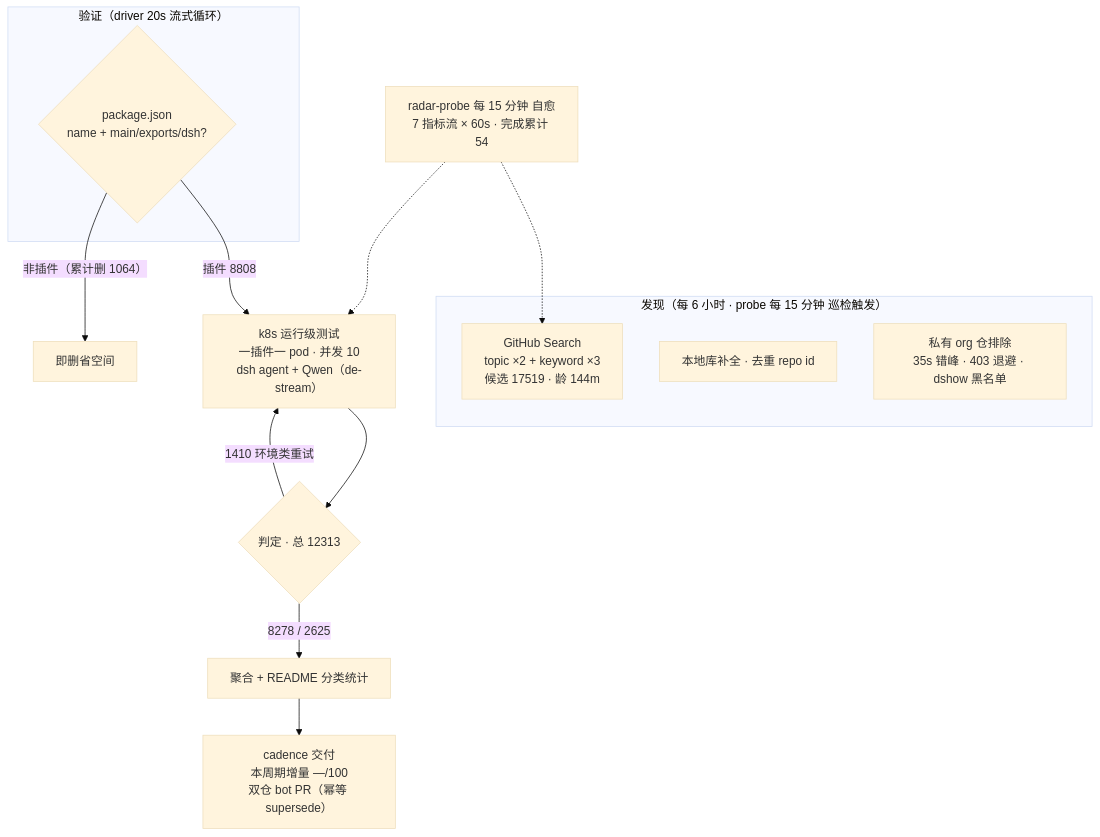
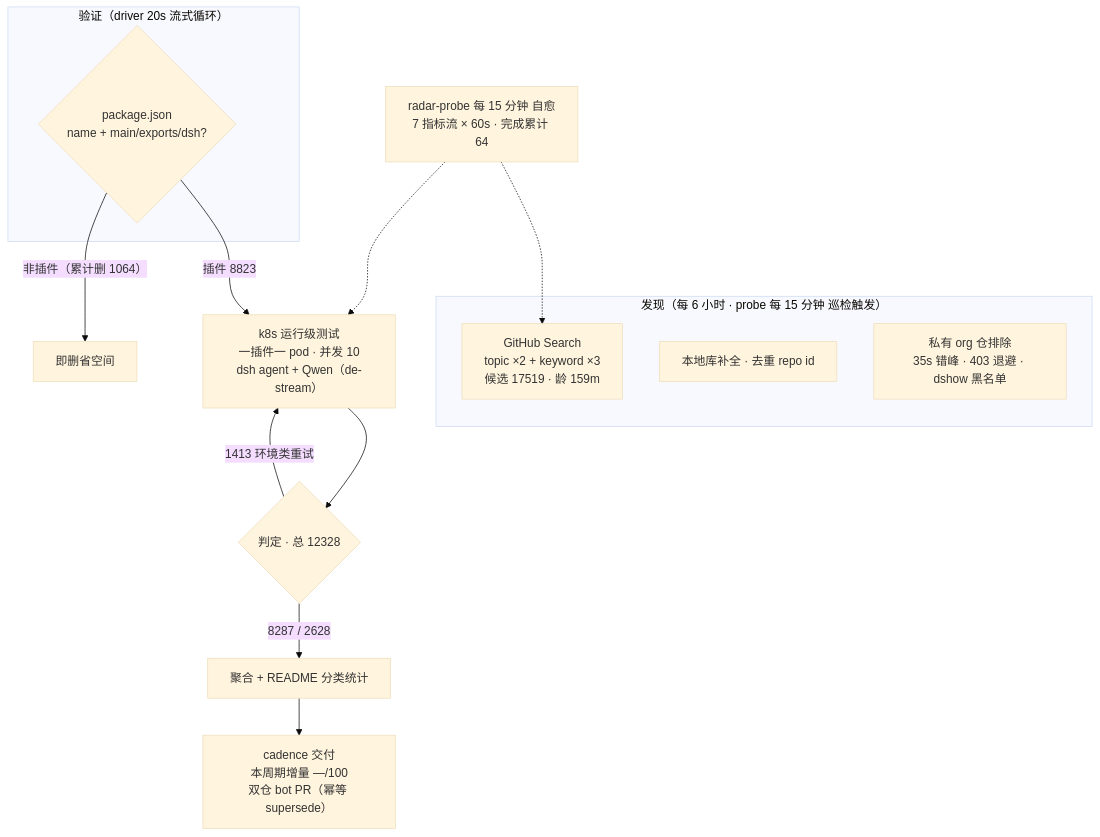
The diagram in README.md (Zhidao-Lab-OSS/awesome-dsh-plugins), drawn with Mermaid (base theme) before and after one commit. The commit also changed other lines of this file and 1 other file, not shown here.

````diff
--- a/README.md
+++ b/README.md
@@ -52,20 +52,20 @@
 ```mermaid
 flowchart TB
     subgraph Discovery["发现（每 6 小时 · probe 每 15 分钟 巡检触发）"]
-        A1["GitHub Search<br/>topic ×2 + keyword ×3<br/>候选 17519 · 龄 144m"]
+        A1["GitHub Search<br/>topic ×2 + keyword ×3<br/>候选 17519 · 龄 159m"]
         A2["本地库补全 · 去重 repo id"]
         A3["私有 org 仓排除<br/>35s 错峰 · 403 退避 · dshow 黑名单"]
     end
     subgraph Validation["验证（driver 20s 流式循环）"]
         B1{"package.json<br/>name + main/exports/dsh?"}
     end
-    B1 -->|"插件 8808"| C1["k8s 运行级测试<br/>一插件一 pod · 并发 10<br/>dsh agent + Qwen（de-stream）"]
+    B1 -->|"插件 8823"| C1["k8s 运行级测试<br/>一插件一 pod · 并发 10<br/>dsh agent + Qwen（de-stream）"]
     B1 -->|"非插件（累计删 1064）"| B3["即删省空间"]
-    C1 --> D1{"判定 · 总 12313"}
-    D1 -->|"8278 / 2625"| E1["聚合 + README 分类统计"]
-    D1 -->|"1410 环境类重试"| C1
+    C1 --> D1{"判定 · 总 12328"}
+    D1 -->|"8287 / 2628"| E1["聚合 + README 分类统计"]
+    D1 -->|"1413 环境类重试"| C1
     E1 --> E2["cadence 交付<br/>本周期增量 —/100<br/>双仓 bot PR（幂等 supersede）"]
-    M["radar-probe 每 15 分钟 自愈<br/>7 指标流 × 60s · 完成累计 54"]
+    M["radar-probe 每 15 分钟 自愈<br/>7 指标流 × 60s · 完成累计 64"]
     M -.-> A1
     M -.-> C1
 ```
````
